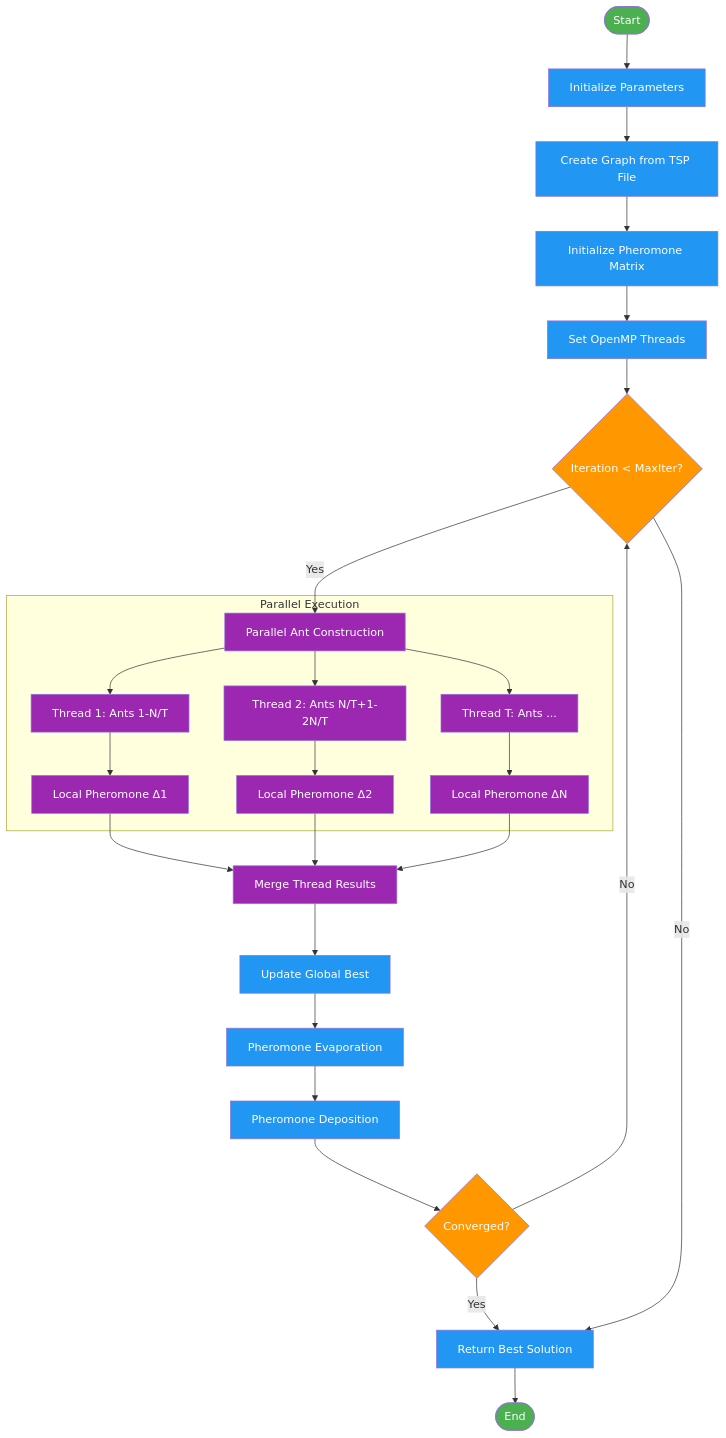
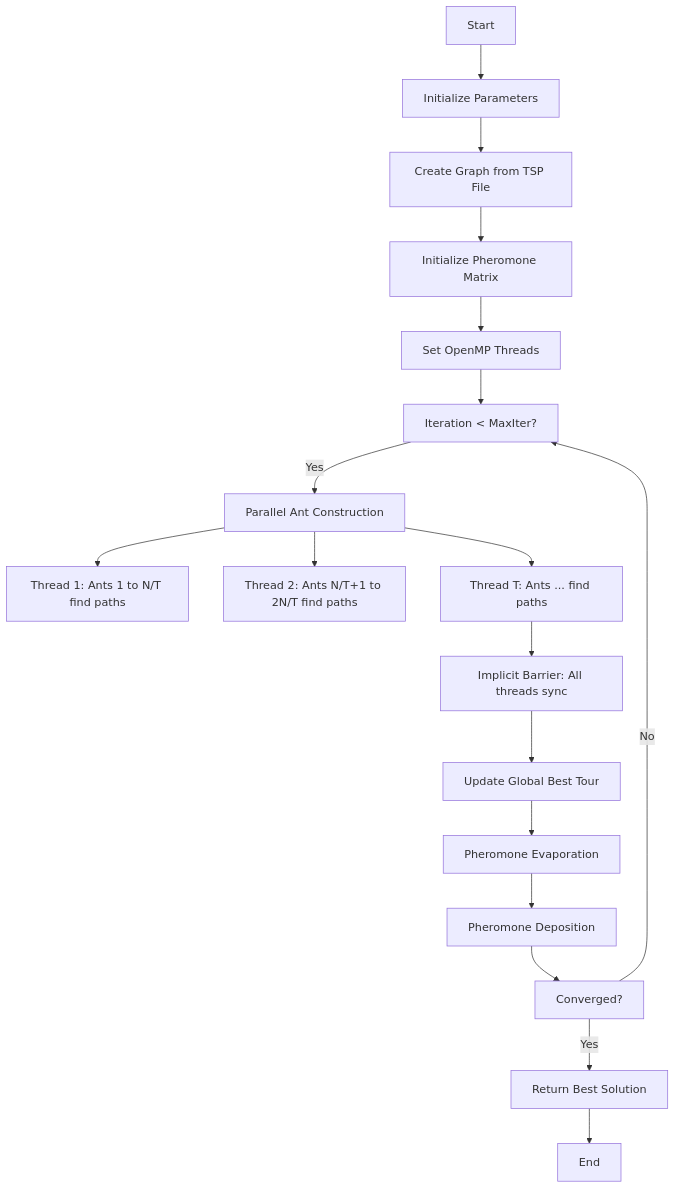
Before and after one commit to aloha1357/parallel-aco-for-tsp: the second of 2 diagrams in README.md, drawn with Mermaid. The commit also changed other lines of this file, not shown here.

Commit message:
refactor: Improve architecture diagram for clarity and consistency

````diff
--- a/README.md
+++ b/README.md
@@ -87,45 +65,25 @@
 ```mermaid
-flowchart TD
-    Start([Start]) --> Init[Initialize Parameters]
-    Init --> CreateGraph[Create Graph from TSP File]
-    CreateGraph --> InitPheromone[Initialize Pheromone Matrix]
-    InitPheromone --> SetThreads[Set OpenMP Threads]
-    
-    SetThreads --> MainLoop{Iteration < MaxIter?}
-    MainLoop -->|Yes| ParallelAnts[Parallel Ant Construction]
-    
-    subgraph "Parallel Execution"
-        ParallelAnts --> Ant1[Thread 1: Ants 1-N/T]
-        ParallelAnts --> Ant2[Thread 2: Ants N/T+1-2N/T]
-        ParallelAnts --> AntN[Thread T: Ants ...]
-        
-        Ant1 --> LocalPheromone1[Local Pheromone Δ1]
-        Ant2 --> LocalPheromone2[Local Pheromone Δ2]
-        AntN --> LocalPheromoneN[Local Pheromone ΔN]
-    end
-    
-    LocalPheromone1 --> Merge[Merge Thread Results]
-    LocalPheromone2 --> Merge
-    LocalPheromoneN --> Merge
-    
-    Merge --> UpdateBest[Update Global Best]
-    UpdateBest --> Evaporate[Pheromone Evaporation]
-    Evaporate --> Deposit[Pheromone Deposition]
-    Deposit --> CheckConvergence{Converged?}
-    
-    CheckConvergence -->|No| MainLoop
-    CheckConvergence -->|Yes| Results[Return Best Solution]
-    MainLoop -->|No| Results
-    
-    Results --> End([End])
-    
-    classDef startEnd fill:#4caf50,color:#fff
-    classDef process fill:#2196f3,color:#fff
-    classDef decision fill:#ff9800,color:#fff
-    classDef parallel fill:#9c27b0,color:#fff
-    
-    class Start,End startEnd
-    class Init,CreateGraph,InitPheromone,SetThreads,UpdateBest,Evaporate,Deposit,Results process
-    class MainLoop,CheckConvergence decision
-    class ParallelAnts,Ant1,Ant2,AntN,LocalPheromone1,LocalPheromone2,LocalPheromoneN,Merge parallel
+graph TD
+    A[Start] --> B[Initialize Parameters];
+    B --> C[Create Graph from TSP File];
+    C --> D[Initialize Pheromone Matrix];
+    D --> E[Set OpenMP Threads];
+    E --> F[Iteration < MaxIter?];
+
+    F -->|Yes| G[Parallel Ant Construction];
+    G --> H1[Thread 1: Ants 1 to N/T find paths];
+    G --> H2[Thread 2: Ants N/T+1 to 2N/T find paths];
+    G --> H3[Thread T: Ants ... find paths];
+
+    H3 --> I[Implicit Barrier: All threads sync];
+
+    I --> J[Update Global Best Tour];
+    J --> K[Pheromone Evaporation];
+    K --> L[Pheromone Deposition];
+
+    L --> M[Converged?];
+    M -->|No| F;
+    M -->|Yes| N[Return Best Solution];
+    N --> O[End];
+
 ```
````
